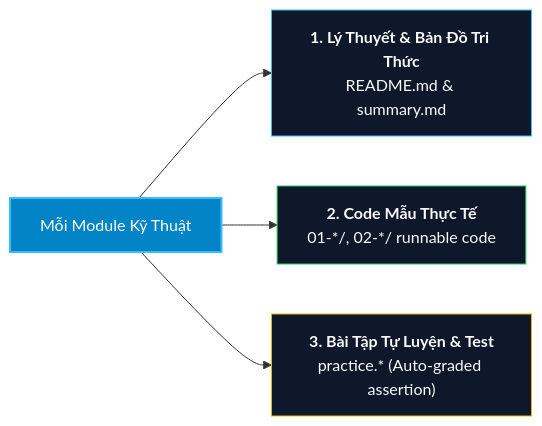
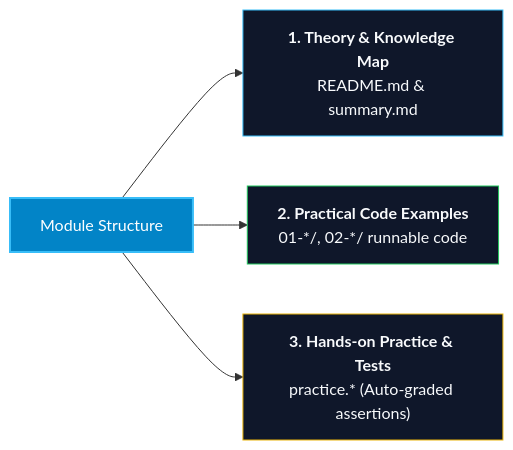
One commit to 161seconds/revision-document changed the first of 2 diagrams in README.md. Above: the diagram before and after it, drawn with Mermaid. The commit also changed other lines of this file and 3 other files, not shown here.

````diff
--- a/README.md
+++ b/README.md
@@ -83,11 +83,11 @@
 ```mermaid
 graph LR
-    A[Mỗi Module Kỹ Thuật] --> B["<b>1. Lý Thuyết & Bản Đồ Tri Thức</b><br/>README.md & summary.md"]
-    A --> C["<b>2. Code Mẫu Thực Tế</b><br/>01-*/, 02-*/ runnable code"]
-    A --> D["<b>3. Bài Tập Tự Luyện & Test</b><br/>practice.* (Auto-graded assertion)"]
+    A["Module Structure"] --> B["<b>1. Theory & Knowledge Map</b><br/>README.md & summary.md"]
+    A --> C["<b>2. Practical Code Examples</b><br/>01-*/, 02-*/ runnable code"]
+    A --> D["<b>3. Hands-on Practice & Tests</b><br/>practice.* (Auto-graded assertions)"]
 
     style A fill:#0284c7,stroke:#38bdf8,stroke-width:2px,color:#ffffff
     style B fill:#0f172a,stroke:#38bdf8,stroke-width:1px,color:#f8fafc
     style C fill:#0f172a,stroke:#22c55e,stroke-width:1px,color:#f8fafc
     style D fill:#0f172a,stroke:#eab308,stroke-width:1px,color:#f8fafc
 ```
````
